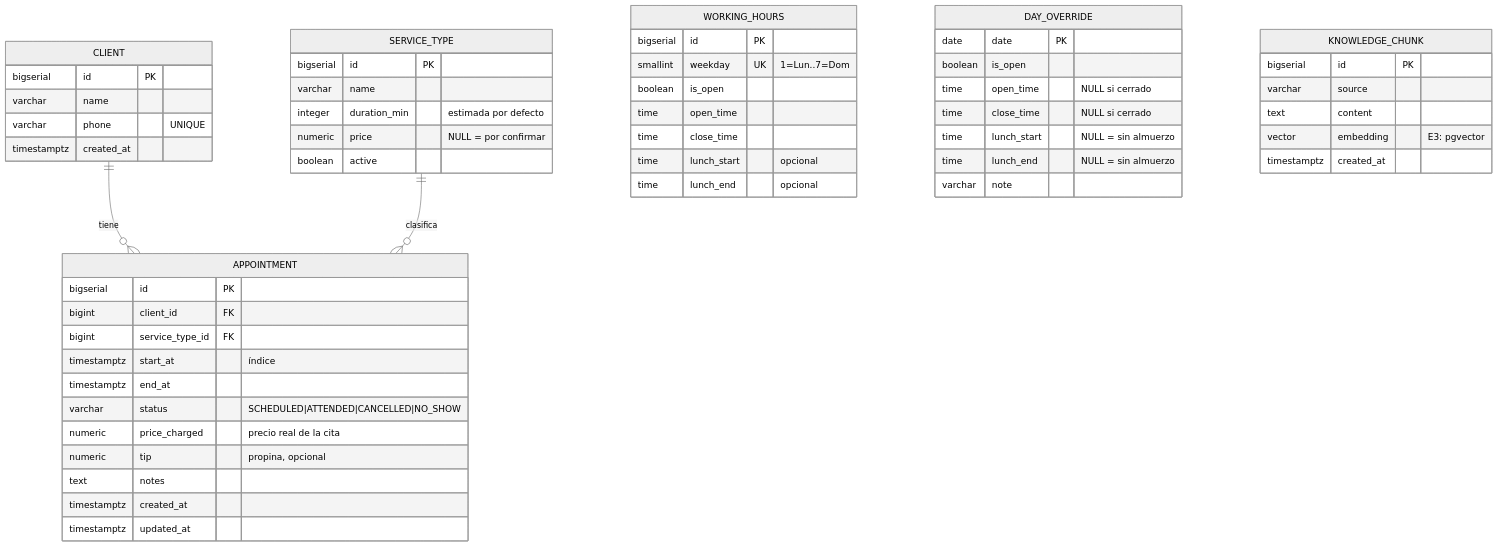
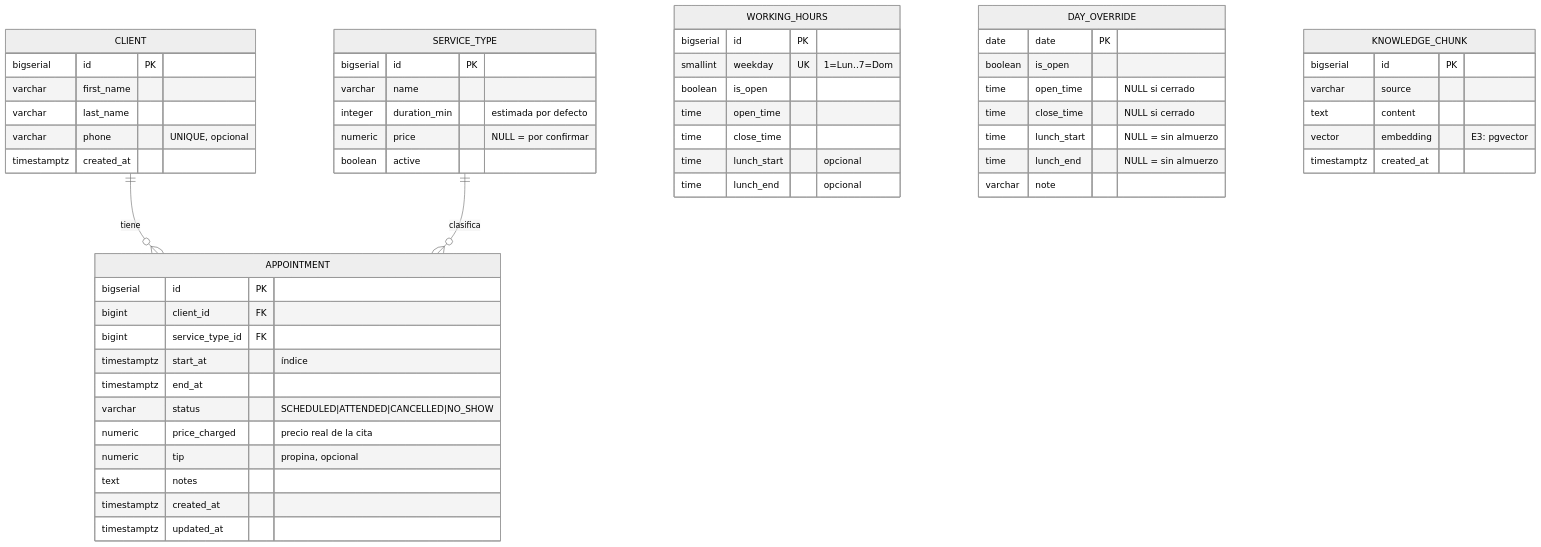
The diagram in diseño/diagrama-bd.md (JohnDehiby25/turnos-ia), drawn with Mermaid (neutral theme) before and after one commit. The commit also changed 15 other files, not shown here.

Commit message:
feat(E1-T5a): client first and last name, optional phone

````diff
--- a/diseño/diagrama-bd.md
+++ b/diseño/diagrama-bd.md
@@ -3,62 +3,63 @@
 ```mermaid
 erDiagram
     CLIENT ||--o{ APPOINTMENT : tiene
     SERVICE_TYPE ||--o{ APPOINTMENT : clasifica
 
     CLIENT {
         bigserial id PK
-        varchar name
-        varchar phone "UNIQUE"
+        varchar first_name
+        varchar last_name
+        varchar phone "UNIQUE, opcional"
         timestamptz created_at
     }
 
     SERVICE_TYPE {
         bigserial id PK
         varchar name
         integer duration_min "estimada por defecto"
         numeric price "NULL = por confirmar"
         boolean active
     }
 
     APPOINTMENT {
         bigserial id PK
         bigint client_id FK
         bigint service_type_id FK
         timestamptz start_at "índice"
         timestamptz end_at
         varchar status "SCHEDULED|ATTENDED|CANCELLED|NO_SHOW"
         numeric price_charged "precio real de la cita"
         numeric tip "propina, opcional"
         text notes
         timestamptz created_at
         timestamptz updated_at
     }
 
     WORKING_HOURS {
         bigserial id PK
         smallint weekday UK "1=Lun..7=Dom"
         boolean is_open
         time open_time
         time close_time
         time lunch_start "opcional"
         time lunch_end "opcional"
     }
 
     DAY_OVERRIDE {
         date date PK
         boolean is_open
         time open_time "NULL si cerrado"
         time close_time "NULL si cerrado"
         time lunch_start "NULL = sin almuerzo"
         time lunch_end "NULL = sin almuerzo"
         varchar note
     }
 
     KNOWLEDGE_CHUNK {
         bigserial id PK
         varchar source
         text content
         vector embedding "E3: pgvector"
         timestamptz created_at
     }
 ```
````
